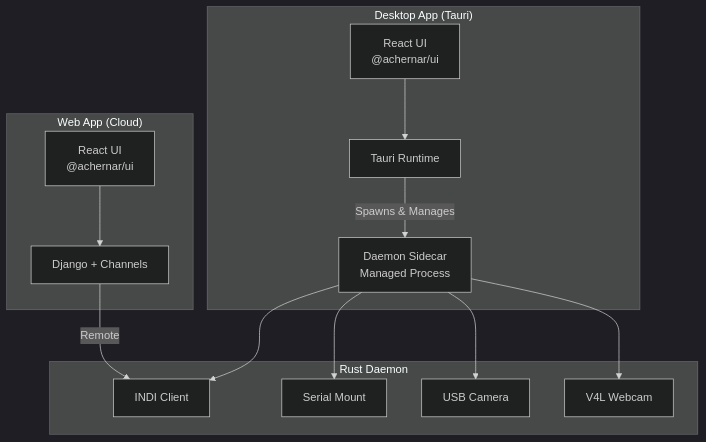
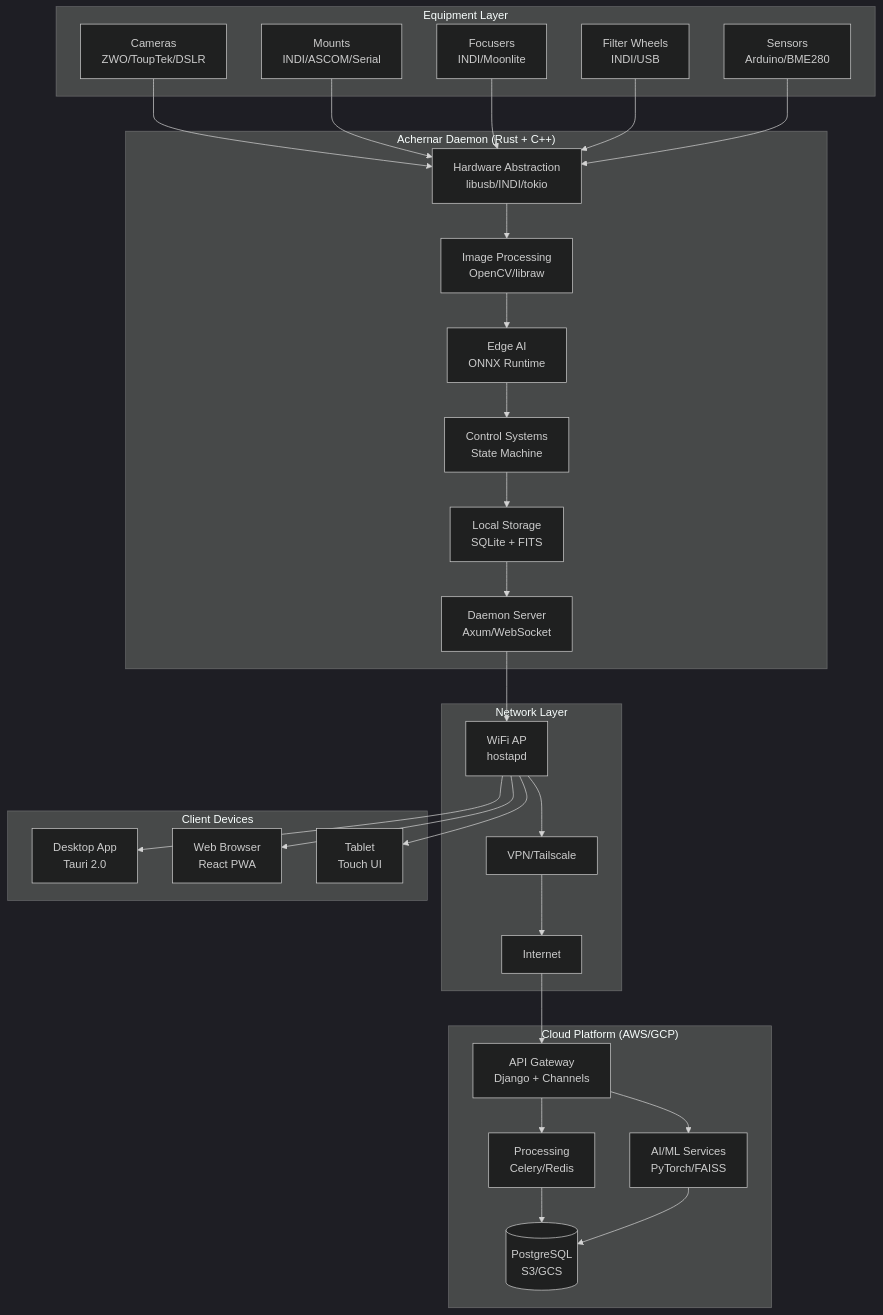
One commit to ibrahimshahid1/Achernar.tech changed the first of 2 diagrams in README.md. Above: the diagram before and after it, drawn with Mermaid (dark theme). The commit also changed other lines of this file and 1023 other files, not shown here.

````diff
--- a/README.md
+++ b/README.md
@@ -15,30 +58,64 @@
 ```mermaid
 graph TB
-    subgraph "Desktop App (Tauri)"
-        DESKTOP[React UI<br/>@achernar/ui]
-        TAURI[Tauri Runtime]
-        SIDECAR[Daemon Sidecar<br/>Managed Process]
+    subgraph "Equipment Layer"
+        CAM[Cameras<br/>ZWO/ToupTek/DSLR]
+        MOUNT[Mounts<br/>INDI/ASCOM/Serial]
+        FOCUS[Focusers<br/>INDI/Moonlite]
+        FILTER[Filter Wheels<br/>INDI/USB]
+        SENSOR[Sensors<br/>Arduino/BME280]
     end
     
-    subgraph "Web App (Cloud)"
-        WEB[React UI<br/>@achernar/ui]
-        DJANGO[Django + Channels]
+    subgraph "Achernar Daemon (Rust + C++)"
+        HAL[Hardware Abstraction<br/>libusb/INDI/tokio]
+        IPE[Image Processing<br/>OpenCV/libraw]
+        EDGE_AI[Edge AI<br/>ONNX Runtime]
+        CTRL[Control Systems<br/>State Machine]
+        STORE[Local Storage<br/>SQLite + FITS]
+        SERVER[Daemon Server<br/>Axum/WebSocket]
     end
     
-    subgraph "Rust Daemon"
-        INDI[INDI Client]
-        SERIAL[Serial Mount]
-        USB[USB Camera]
-        V4L[V4L Webcam]
+    subgraph "Network Layer"
+        WIFI[WiFi AP<br/>hostapd]
+        VPN[VPN/Tailscale]
+        INET[Internet]
     end
     
-    DESKTOP --> TAURI
-    TAURI -->|Spawns & Manages| SIDECAR
-    SIDECAR --> INDI
-    SIDECAR --> SERIAL
-    SIDECAR --> USB
-    SIDECAR --> V4L
+    subgraph "Client Devices"
+        DESKTOP[Desktop App<br/>Tauri 2.0]
+        WEB[Web Browser<br/>React PWA]
+        TABLET[Tablet<br/>Touch UI]
+    end
     
-    WEB --> DJANGO
-    DJANGO -->|Remote| INDI
+    subgraph "Cloud Platform (AWS/GCP)"
+        API[API Gateway<br/>Django + Channels]
+        CLOUD_AI[AI/ML Services<br/>PyTorch/FAISS]
+        PROC[Processing<br/>Celery/Redis]
+        DB[(PostgreSQL<br/>S3/GCS)]
+    end
+    
+    CAM --> HAL
+    MOUNT --> HAL
+    FOCUS --> HAL
+    FILTER --> HAL
+    SENSOR --> HAL
+    
+    HAL --> IPE
+    IPE --> EDGE_AI
+    EDGE_AI --> CTRL
+    CTRL --> STORE
+    STORE --> SERVER
+    
+    SERVER --> WIFI
+    WIFI --> VPN
+    VPN --> INET
+    
+    WIFI --> DESKTOP
+    WIFI --> WEB
+    WIFI --> TABLET
+    
+    INET --> API
+    API --> CLOUD_AI
+    API --> PROC
+    PROC --> DB
+    CLOUD_AI --> DB
 ```
````
